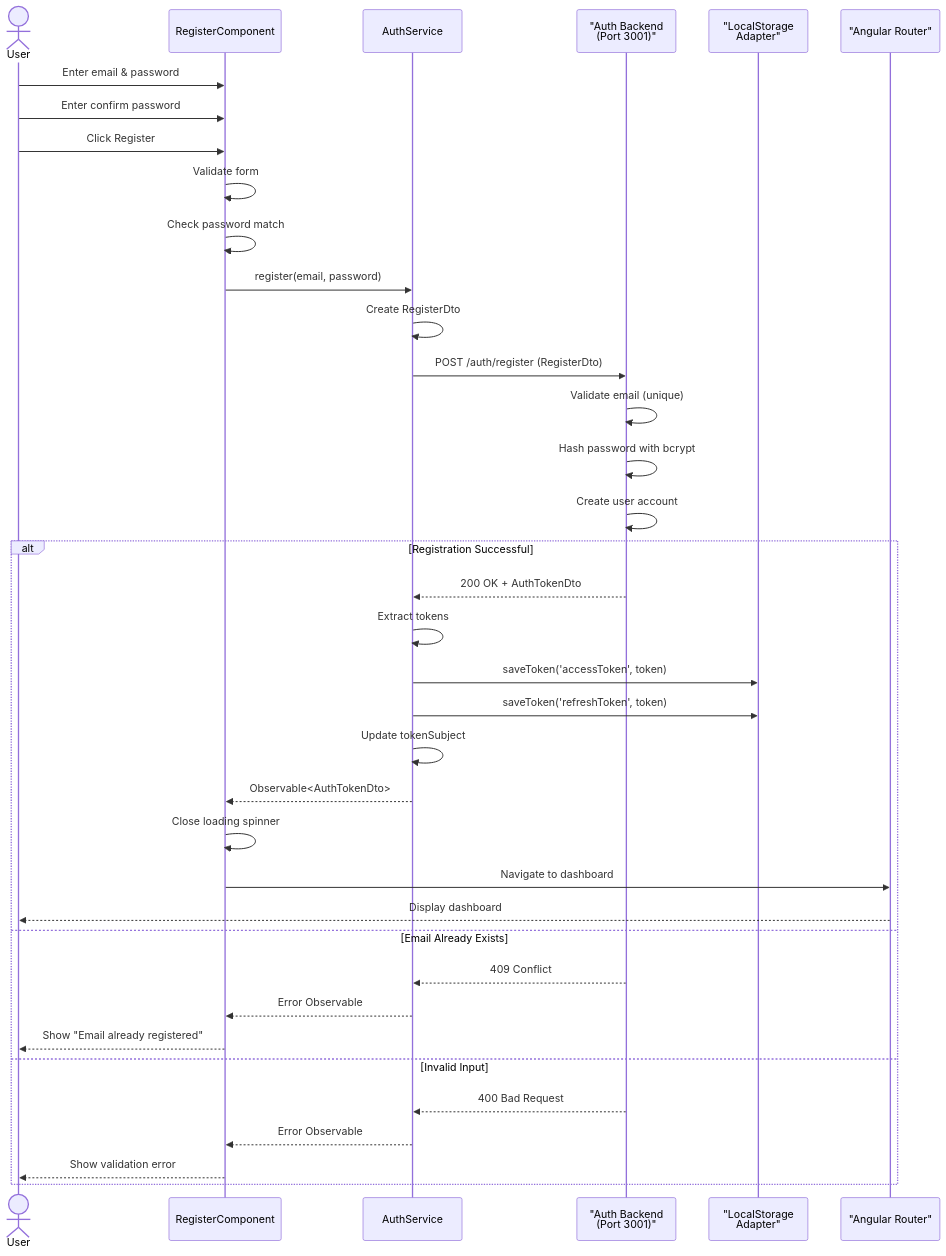
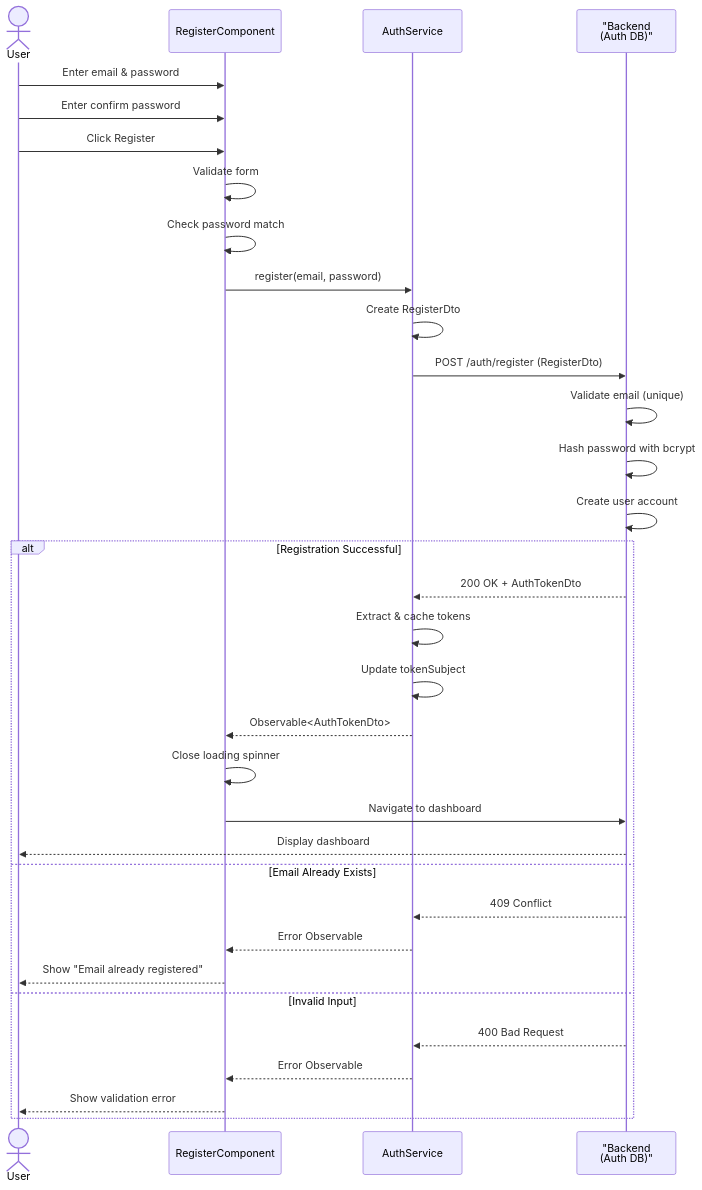
Before and after one commit to seankcheema/trading-season: the second of 5 diagrams in apps/business-logic-ui/Sequence-Diagram.md, drawn with Mermaid. The commit also changed other lines of this file and 1 other file, not shown here.

Commit message:
feat: KAN-47/KAN-127/Create Visual Representation of Architecture

````diff
--- a/apps/business-logic-ui/Sequence-Diagram.md
+++ b/apps/business-logic-ui/Sequence-Diagram.md
@@ -47,44 +43,40 @@
 ```mermaid
 sequenceDiagram
     actor User
     participant RegisterComponent
     participant AuthService
-    participant Backend as "Auth Backend<br/>(Port 3001)"
-    participant LocalStorage as "LocalStorage<br/>Adapter"
-    participant Router as "Angular Router"
+    participant Backend as "Backend<br/>(Auth DB)"
 
     User->>RegisterComponent: Enter email & password
     User->>RegisterComponent: Enter confirm password
     User->>RegisterComponent: Click Register
     
     RegisterComponent->>RegisterComponent: Validate form
     RegisterComponent->>RegisterComponent: Check password match
     RegisterComponent->>AuthService: register(email, password)
     
     AuthService->>AuthService: Create RegisterDto
     AuthService->>Backend: POST /auth/register (RegisterDto)
     
     Backend->>Backend: Validate email (unique)
     Backend->>Backend: Hash password with bcrypt
     Backend->>Backend: Create user account
     
     alt Registration Successful
         Backend-->>AuthService: 200 OK + AuthTokenDto
-        AuthService->>AuthService: Extract tokens
-        AuthService->>LocalStorage: saveToken('accessToken', token)
-        AuthService->>LocalStorage: saveToken('refreshToken', token)
+        AuthService->>AuthService: Extract & cache tokens
         AuthService->>AuthService: Update tokenSubject
         AuthService-->>RegisterComponent: Observable<AuthTokenDto>
         RegisterComponent->>RegisterComponent: Close loading spinner
-        RegisterComponent->>Router: Navigate to dashboard
-        Router-->>User: Display dashboard
+        RegisterComponent->>Backend: Navigate to dashboard
+        Backend-->>User: Display dashboard
     else Email Already Exists
         Backend-->>AuthService: 409 Conflict
         AuthService-->>RegisterComponent: Error Observable
         RegisterComponent-->>User: Show "Email already registered"
     else Invalid Input
         Backend-->>AuthService: 400 Bad Request
         AuthService-->>RegisterComponent: Error Observable
         RegisterComponent-->>User: Show validation error
     end
 ```
````
